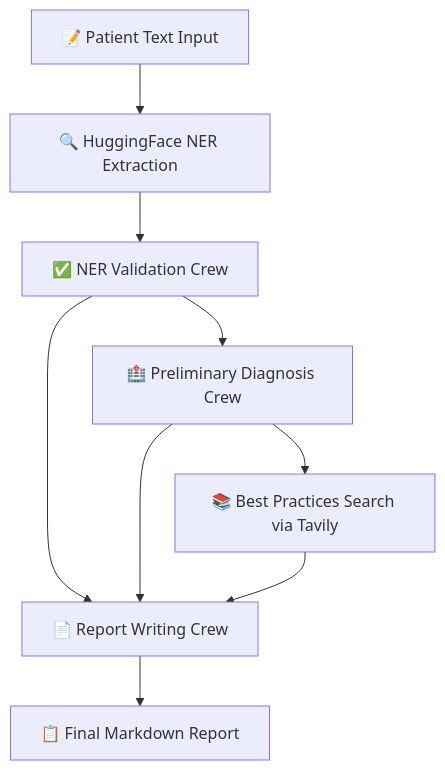
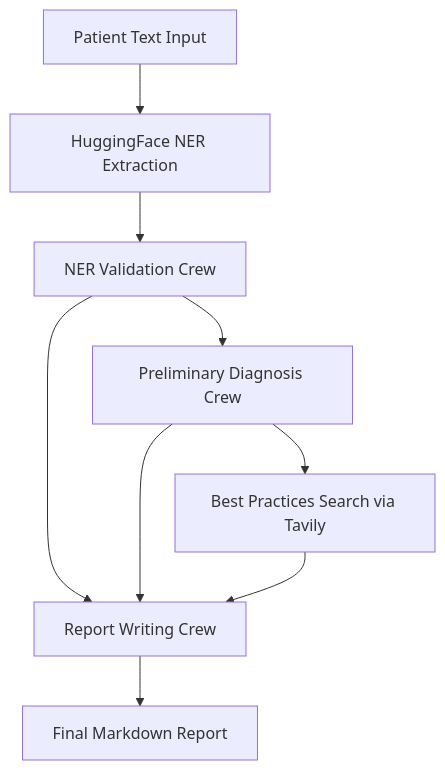
The first of 4 diagrams in BACKEND_DOCUMENTATION.md (VaibhavK289/curasense-architecture), drawn with Mermaid before and after one commit. The commit also changed other lines of this file and 148 other files, not shown here.

````diff
--- a/BACKEND_DOCUMENTATION.md
+++ b/BACKEND_DOCUMENTATION.md
@@ -143,9 +168,9 @@
 ```mermaid
 flowchart TD
-    A[📝 Patient Text Input] --> B[🔍 HuggingFace NER Extraction]
-    B --> C[✅ NER Validation Crew]
-    C --> D[🏥 Preliminary Diagnosis Crew]
-    D --> E[📚 Best Practices Search via Tavily]
-    C & D & E --> F[📄 Report Writing Crew]
-    F --> G[📋 Final Markdown Report]
+    A[Patient Text Input] --> B[HuggingFace NER Extraction]
+    B --> C[NER Validation Crew]
+    C --> D[Preliminary Diagnosis Crew]
+    D --> E[Best Practices Search via Tavily]
+    C & D & E --> F[Report Writing Crew]
+    F --> G[Final Markdown Report]
 ```
````
